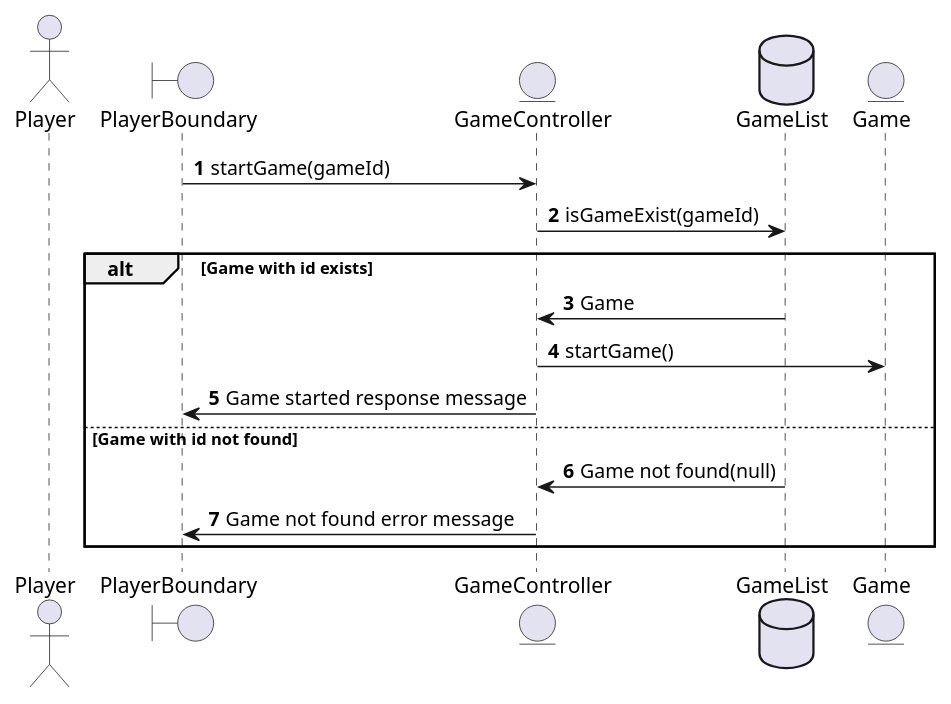
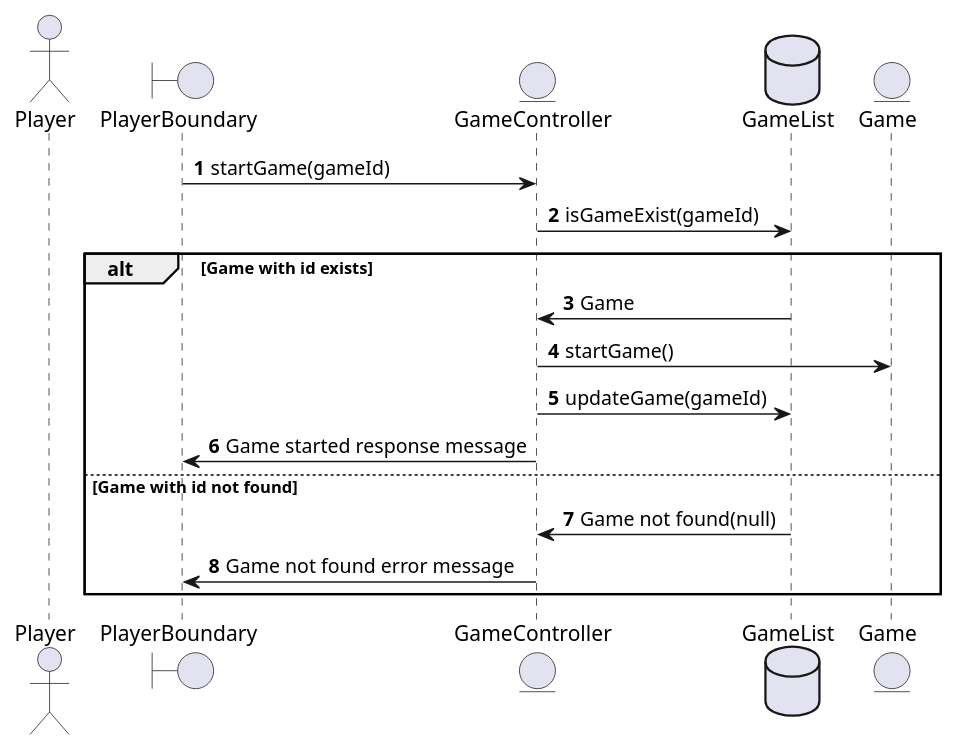
One commit to gurmsc5/Clue-Less changed the diagram in clue-less-backend/start_game.puml. Above: the diagram before and after it, drawn with PlantUML. The commit also changed 4 other files, not shown here.

Commit message:
18 - Added suggestion action seq diagram

```diff
--- a/clue-less-backend/start_game.puml
+++ b/clue-less-backend/start_game.puml
@@ -1,23 +1,24 @@
 @startuml
 
 autonumber
 actor Player
 boundary PlayerBoundary
 entity GameController
 
 PlayerBoundary -> GameController: startGame(gameId)
 database GameList
 GameController -> GameList: isGameExist(gameId)
 entity Game
 
 alt Game with id exists
     GameList -> GameController: Game
     GameController -> Game: startGame()
+    GameController -> GameList: updateGame(gameId)
     GameController -> PlayerBoundary: Game started response message
 
 else Game with id not found
     GameList -> GameController: Game not found(null)
     GameController -> PlayerBoundary: Game not found error message
 end
 
 @enduml
```
